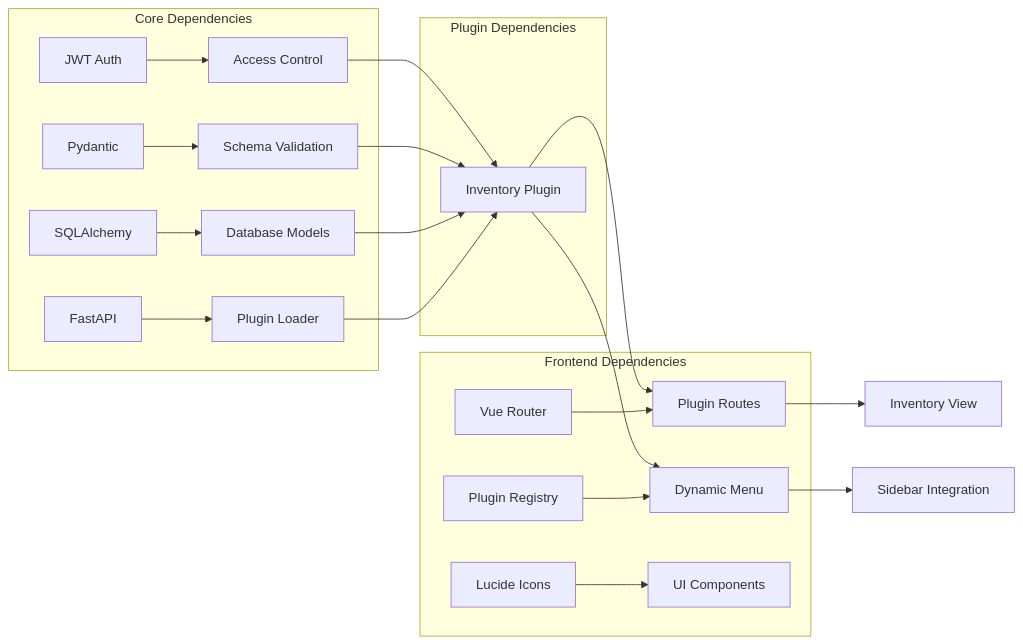
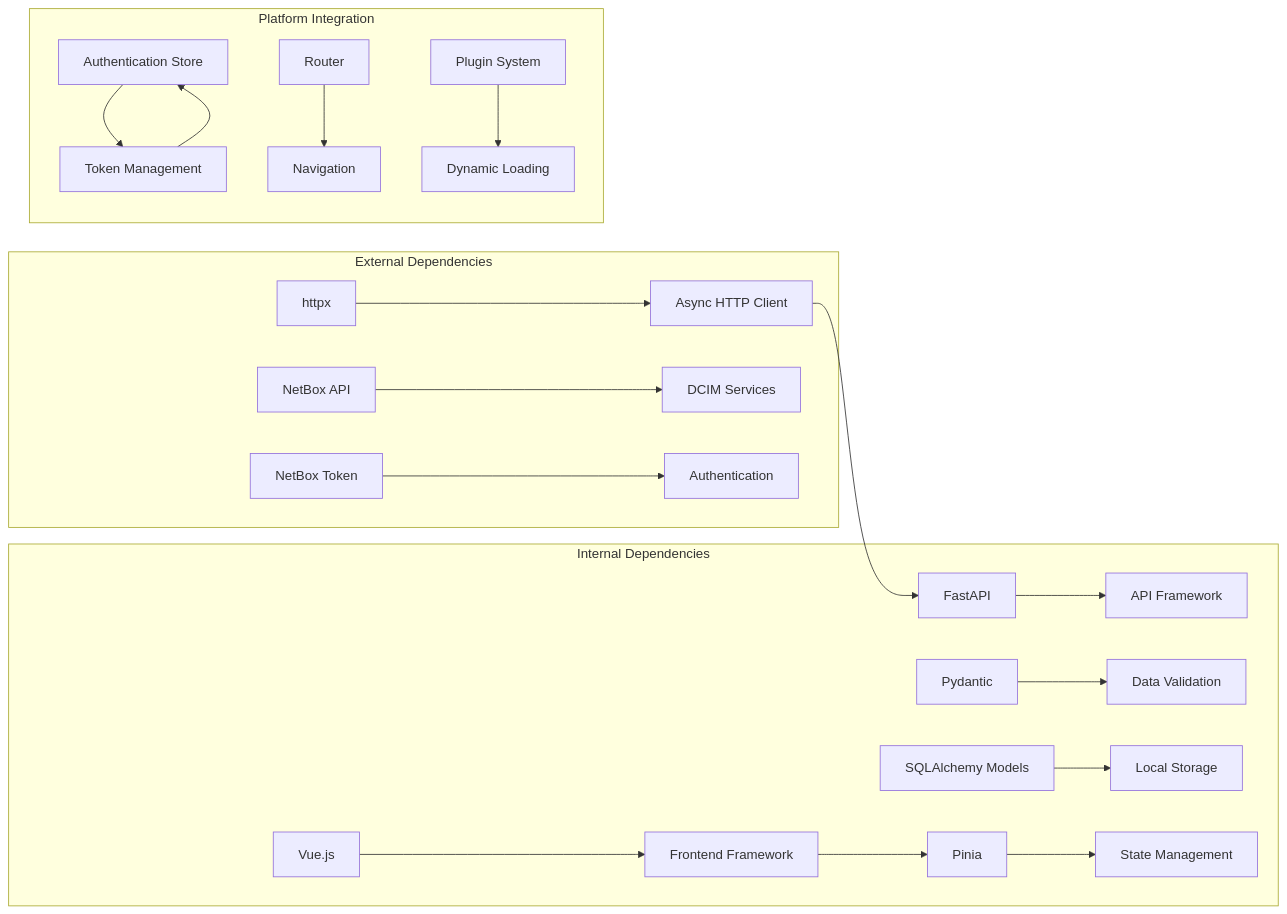
Before and after one commit to Nikita5543/New-SSO-02: the sixth of 6 diagrams in .qoder/repowiki/en/content/Built-in Plugins/Inventory Plugin.md, drawn with Mermaid. The commit also changed other lines of this file and 1 other file, not shown here.

````diff
--- a/.qoder/repowiki/en/content/Built-in Plugins/Inventory Plugin.md
+++ b/.qoder/repowiki/en/content/Built-in Plugins/Inventory Plugin.md
@@ -270,24 +254,23 @@
 ```mermaid
 graph LR
-subgraph "Core Dependencies"
-A[FastAPI] --> B[Plugin Loader]
-C[SQLAlchemy] --> D[Database Models]
-E[Pydantic] --> F[Schema Validation]
-G[JWT Auth] --> H[Access Control]
+subgraph "External Dependencies"
+A[httpx] --> B[Async HTTP Client]
+C[NetBox API] --> D[DCIM Services]
+E[NetBox Token] --> F[Authentication]
 end
-subgraph "Plugin Dependencies"
-B --> I[Inventory Plugin]
-D --> I
-F --> I
-H --> I
+subgraph "Internal Dependencies"
+G[FastAPI] --> H[API Framework]
+I[Pydantic] --> J[Data Validation]
+K[SQLAlchemy Models] --> L[Local Storage]
+M[Vue.js] --> N[Frontend Framework]
+O[Pinia] --> P[State Management]
 end
-subgraph "Frontend Dependencies"
-J[Vue Router] --> K[Plugin Routes]
-L[Plugin Registry] --> M[Dynamic Menu]
-N[Lucide Icons] --> O[UI Components]
+subgraph "Platform Integration"
+Q[Authentication Store] --> R[Token Management]
+S[Router] --> T[Navigation]
+U[Plugin System] --> V[Dynamic Loading]
 end
-I --> K
-I --> M
-K --> P[Inventory View]
-M --> Q[Sidebar Integration]
+B --> G
+N --> O
+R --> Q
 ```
````
